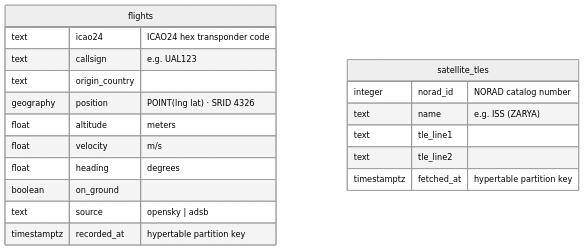
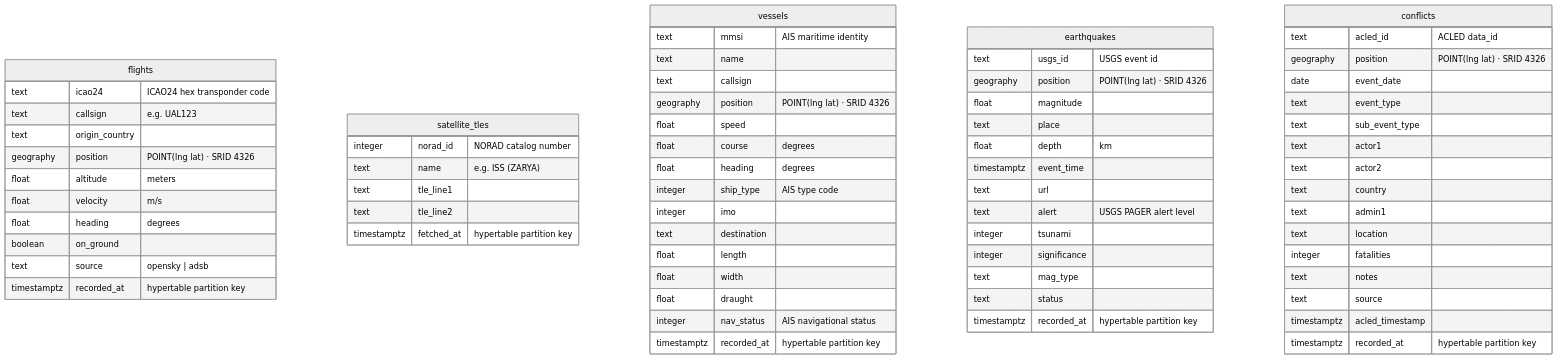
The third of 7 diagrams in ARCHITECTURE.md (joshuadarron/godseye), drawn with Mermaid (neutral theme) before and after one commit. The commit also changed other lines of this file and 2 other files, not shown here.

First line of the commit message:
docs: sync architecture docs with shipped layers

````diff
--- a/ARCHITECTURE.md
+++ b/ARCHITECTURE.md
@@ -182,23 +226,75 @@
 ```mermaid
 erDiagram
   flights {
     text icao24 "ICAO24 hex transponder code"
     text callsign "e.g. UAL123"
     text origin_country
     geography position "POINT(lng lat) · SRID 4326"
     float altitude "meters"
     float velocity "m/s"
     float heading "degrees"
     boolean on_ground
     text source "opensky | adsb"
     timestamptz recorded_at "hypertable partition key"
   }
 
   satellite_tles {
     integer norad_id "NORAD catalog number"
     text name "e.g. ISS (ZARYA)"
     text tle_line1
     text tle_line2
     timestamptz fetched_at "hypertable partition key"
   }
+
+  vessels {
+    text mmsi "AIS maritime identity"
+    text name
+    text callsign
+    geography position "POINT(lng lat) · SRID 4326"
+    float speed
+    float course "degrees"
+    float heading "degrees"
+    integer ship_type "AIS type code"
+    integer imo
+    text destination
+    float length
+    float width
+    float draught
+    integer nav_status "AIS navigational status"
+    timestamptz recorded_at "hypertable partition key"
+  }
+
+  earthquakes {
+    text usgs_id "USGS event id"
+    geography position "POINT(lng lat) · SRID 4326"
+    float magnitude
+    text place
+    float depth "km"
+    timestamptz event_time
+    text url
+    text alert "USGS PAGER alert level"
+    integer tsunami
+    integer significance
+    text mag_type
+    text status
+    timestamptz recorded_at "hypertable partition key"
+  }
+
+  conflicts {
+    text acled_id "ACLED data_id"
+    geography position "POINT(lng lat) · SRID 4326"
+    date event_date
+    text event_type
+    text sub_event_type
+    text actor1
+    text actor2
+    text country
+    text admin1
+    text location
+    integer fatalities
+    text notes
+    text source
+    timestamptz acled_timestamp
+    timestamptz recorded_at "hypertable partition key"
+  }
 ```
````
